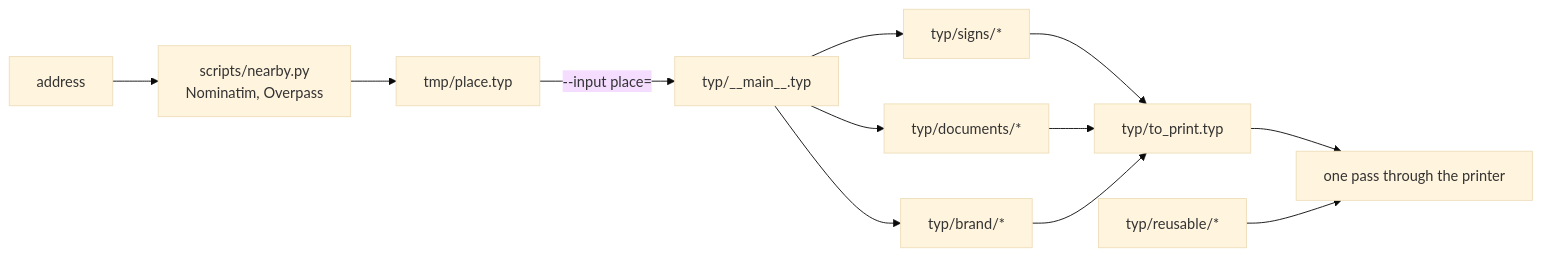
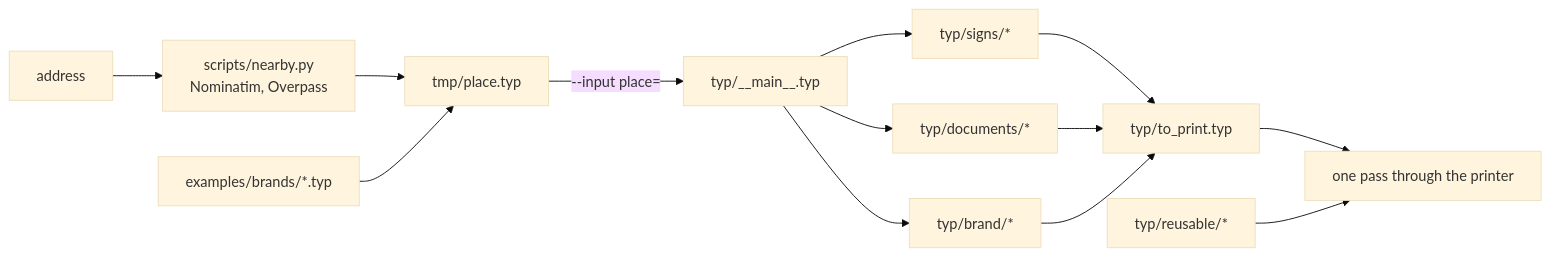
One commit to Service-Arb/verif_tools changed the diagram in docs/ARCHITECTURE.md. Above: the diagram before and after it, drawn with Mermaid (base theme). The commit also changed other lines of this file and 8 other files, not shown here.

````diff
--- a/docs/ARCHITECTURE.md
+++ b/docs/ARCHITECTURE.md
@@ -39,14 +45,15 @@
 ```mermaid
 flowchart LR
     A["address"] --> N["scripts/nearby.py<br/>Nominatim, Overpass"]
     N --> P["tmp/place.typ"]
+    BR["examples/brands/*.typ"] --> P
     P -->|--input place=| M["typ/__main__.typ"]
     M --> S["typ/signs/*"]
     M --> D["typ/documents/*"]
     M --> B["typ/brand/*"]
     S --> T["typ/to_print.typ"]
     D --> T
     B --> T
     T --> O["one pass through the printer"]
     R["typ/reusable/*"] --> O
 ```
````
